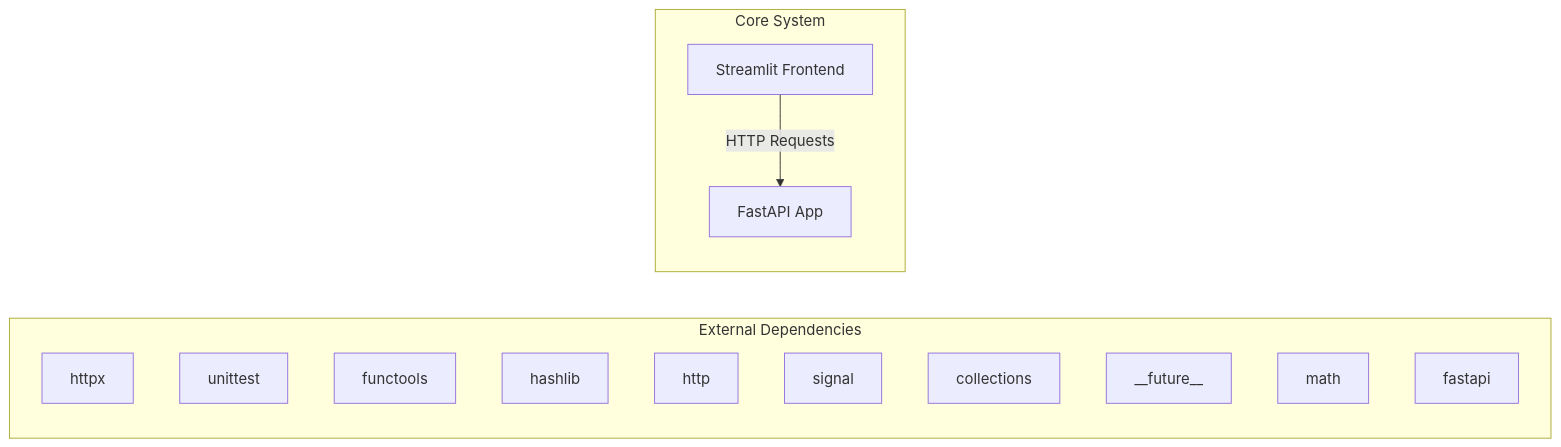
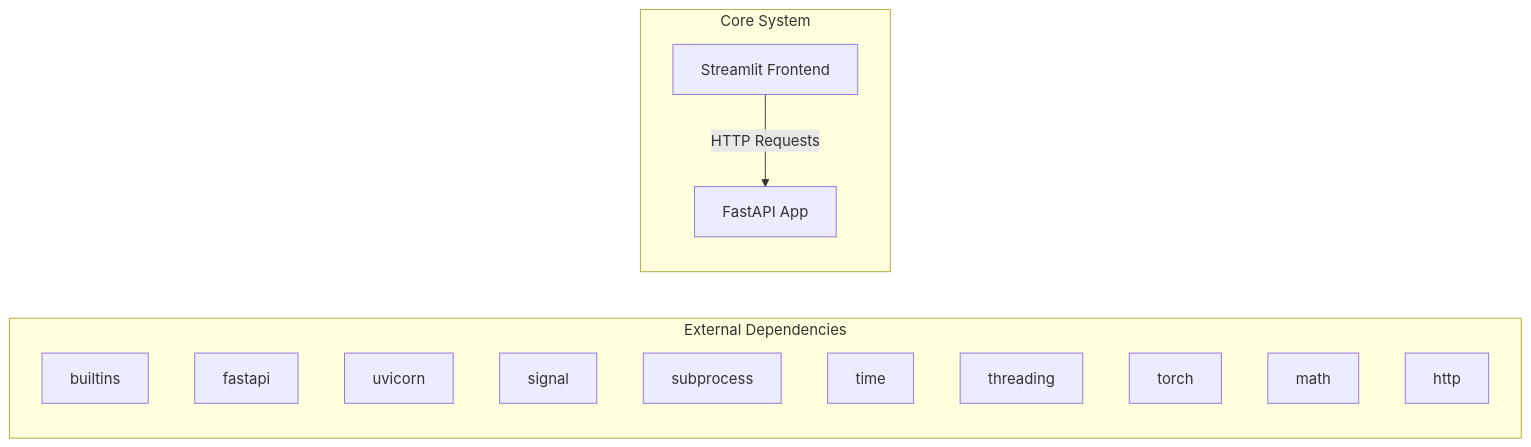
Before and after one commit to NITISH-R-G/rag-context-optimizer: the first of 2 diagrams in docs/architecture.md, drawn with Mermaid. The commit also changed other lines of this file and 1 other file, not shown here.

Commit message:
docs: auto-update repository knowledge, architecture diagrams, and documentation

````diff
--- a/docs/architecture.md
+++ b/docs/architecture.md
@@ -7,20 +7,20 @@
 ```mermaid
 graph LR
     subgraph External Dependencies
-        E0["httpx"]
-        E1["unittest"]
-        E2["functools"]
-        E3["hashlib"]
-        E4["http"]
-        E5["signal"]
-        E6["collections"]
-        E7["__future__"]
+        E0["builtins"]
+        E1["fastapi"]
+        E2["uvicorn"]
+        E3["signal"]
+        E4["subprocess"]
+        E5["time"]
+        E6["threading"]
+        E7["torch"]
         E8["math"]
-        E9["fastapi"]
+        E9["http"]
     end
     subgraph Core System
         API["FastAPI App"]
         UI["Streamlit Frontend"]
     end
     UI -->|HTTP Requests| API
 ```
````
